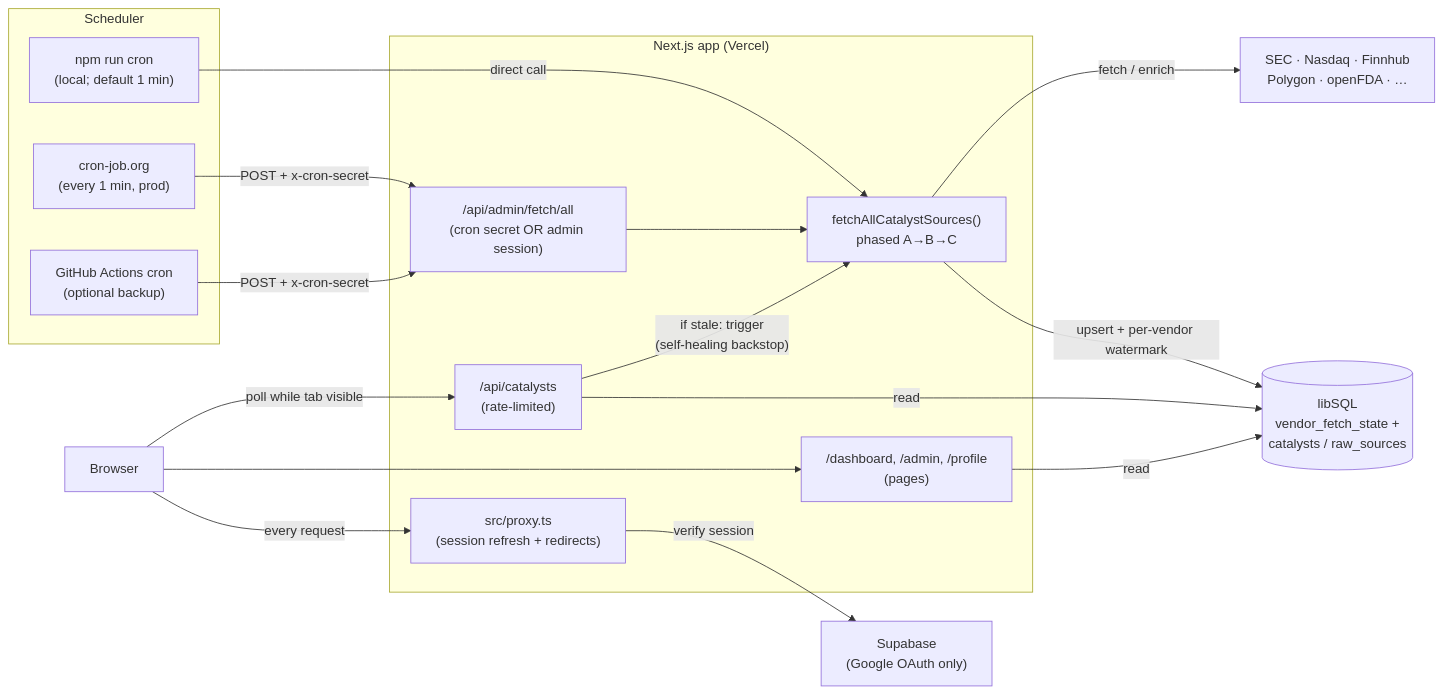
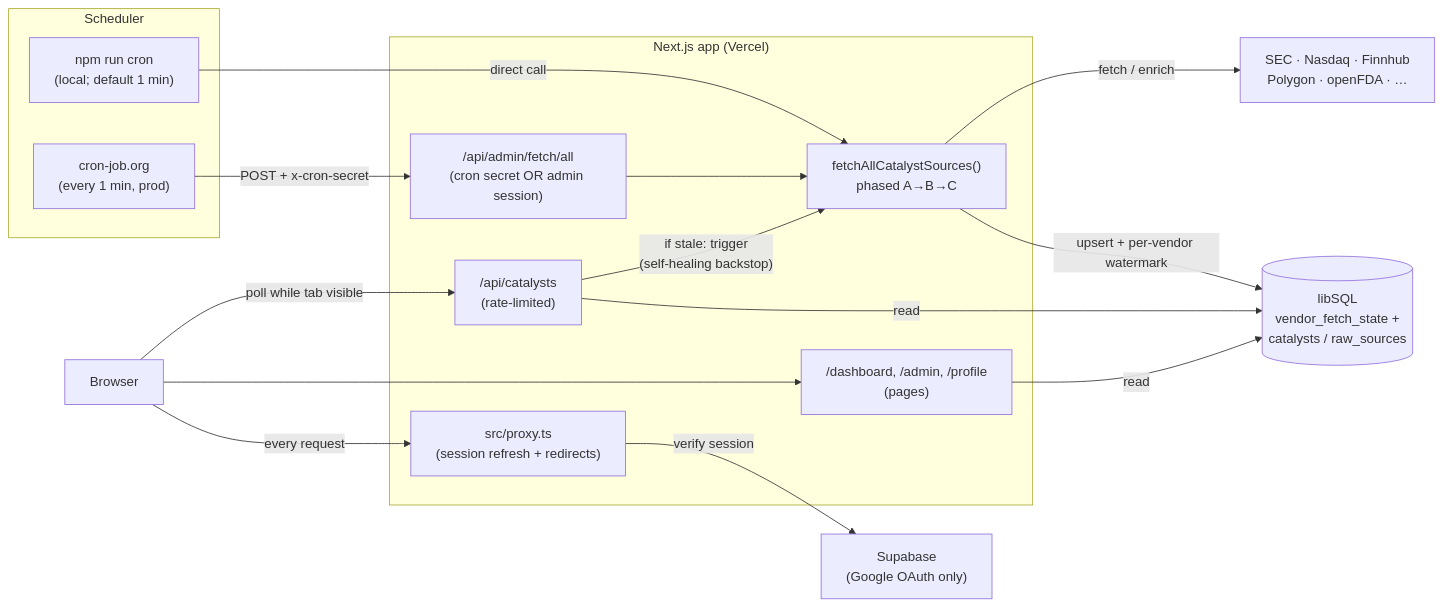
The diagram in ARCHITECTURE.md (catalystintel/catalyst-intel), drawn with Mermaid before and after one commit. The commit also changed other lines of this file and 14 other files, not shown here.

````diff
--- a/ARCHITECTURE.md
+++ b/ARCHITECTURE.md
@@ -14,36 +14,34 @@
 ```mermaid
 flowchart LR
     subgraph Scheduler["Scheduler"]
         CronJobOrg["cron-job.org\n(every 1 min, prod)"]
-        GHA["GitHub Actions cron\n(optional backup)"]
         LocalCron["npm run cron\n(local; default 1 min)"]
     end
 
     subgraph App["Next.js app (Vercel)"]
         AdminAPI["/api/admin/fetch/all\n(cron secret OR admin session)"]
         Job["fetchAllCatalystSources()\nphased A→B→C"]
         CatalystsAPI["/api/catalysts\n(rate-limited)"]
         Proxy["src/proxy.ts\n(session refresh + redirects)"]
         Dashboard["/dashboard, /admin, /profile\n(pages)"]
     end
 
     Vendors["SEC · Nasdaq · Finnhub\nPolygon · openFDA · …"]
     DB[("libSQL\nvendor_fetch_state +\ncatalysts / raw_sources")]
     Supabase["Supabase\n(Google OAuth only)"]
     Browser["Browser"]
 
     CronJobOrg -- "POST + x-cron-secret" --> AdminAPI
-    GHA -- "POST + x-cron-secret" --> AdminAPI
     LocalCron -- "direct call" --> Job
     AdminAPI --> Job
     Job -- "fetch / enrich" --> Vendors
     Job -- "upsert + per-vendor watermark" --> DB
 
     Browser -- "poll while tab visible" --> CatalystsAPI
     CatalystsAPI -- "read" --> DB
     CatalystsAPI -- "if stale: trigger\n(self-healing backstop)" --> Job
     Browser -- "every request" --> Proxy
     Proxy -- "verify session" --> Supabase
     Browser --> Dashboard
     Dashboard -- "read" --> DB
 ```
````
